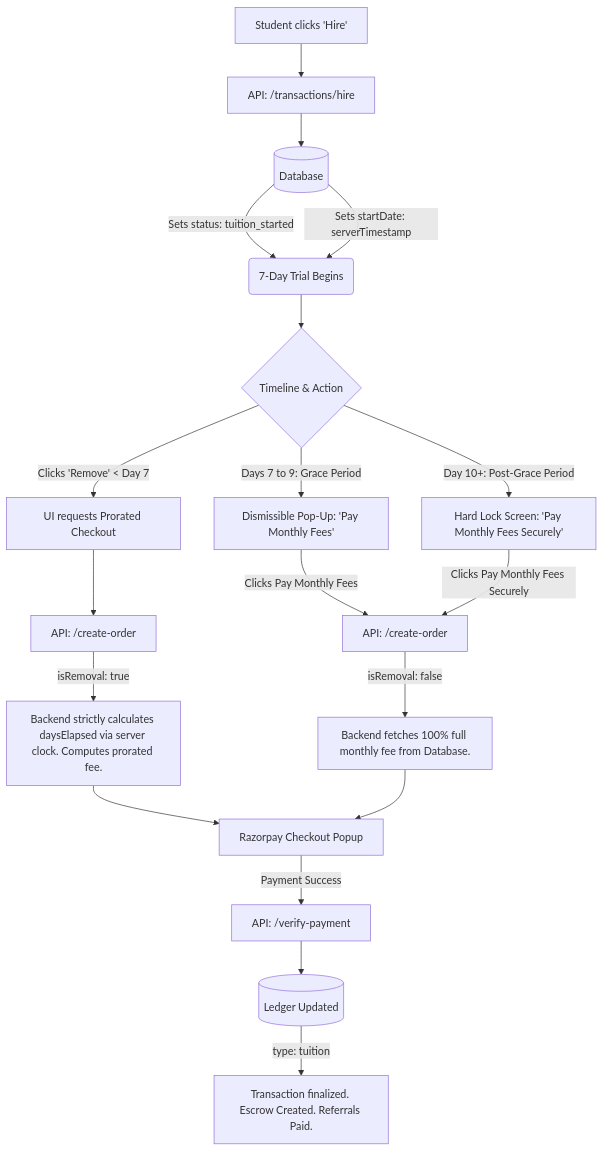
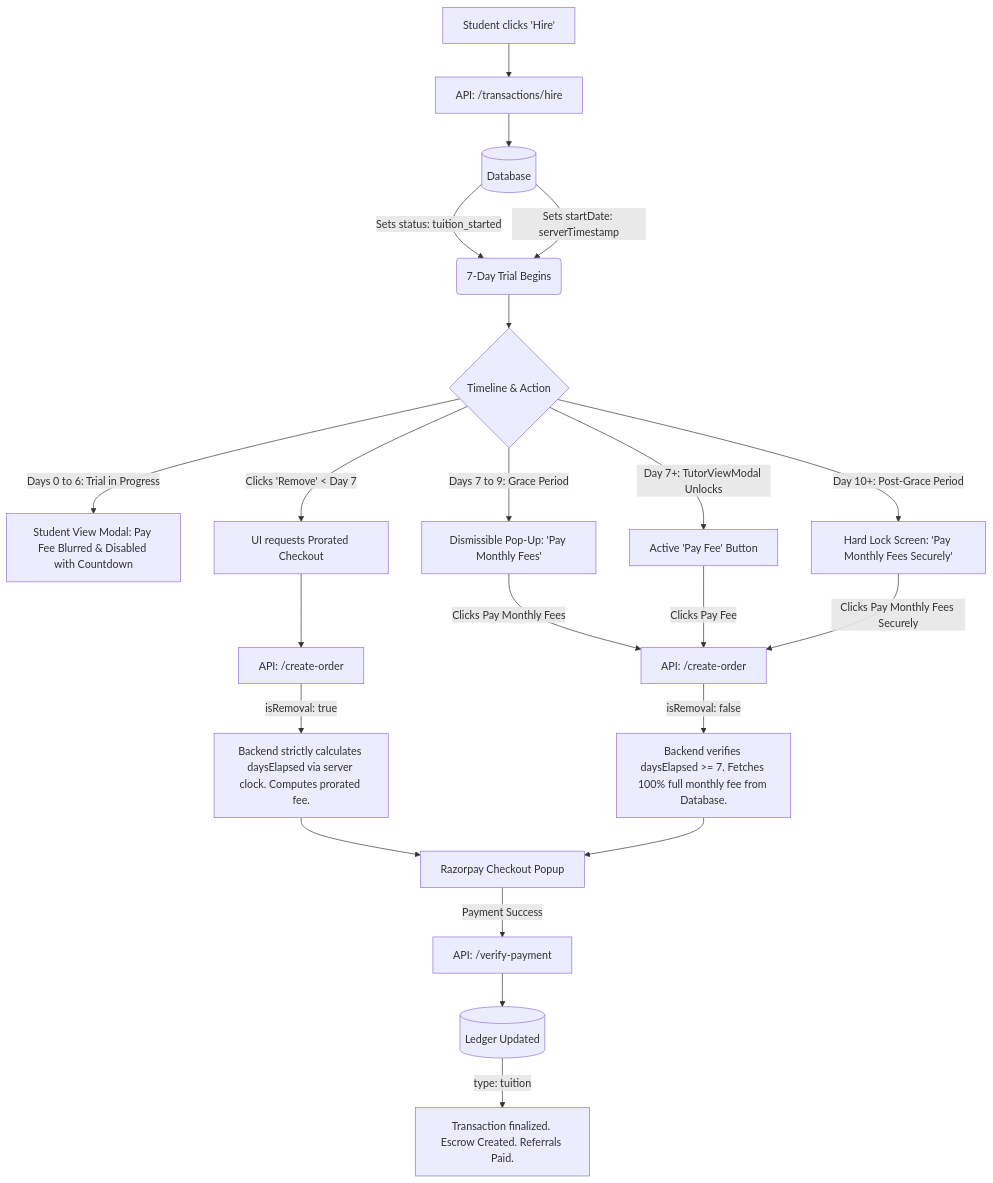
The diagram in docs/Student_Fee_Payment_Architecture.md (Nikhil4002-50-82/Mi-Tutora), drawn with Mermaid before and after one commit. The commit also changed other lines of this file and 7 other files, not shown here.

````diff
--- a/docs/Student_Fee_Payment_Architecture.md
+++ b/docs/Student_Fee_Payment_Architecture.md
@@ -11,27 +11,30 @@
 ```mermaid
 graph TD
     A[Student clicks 'Hire'] --> B[API: /transactions/hire]
     B --> C[(Database)]
     C -->|Sets status: tuition_started| D(7-Day Trial Begins)
     C -->|Sets startDate: serverTimestamp| D
     
     D --> E{Timeline & Action}
     
+    E -->|Days 0 to 6: Trial in Progress| E1[Student View Modal: Pay Fee Blurred & Disabled with Countdown]
     E -->|Clicks 'Remove' < Day 7| F[UI requests Prorated Checkout]
     E -->|Days 7 to 9: Grace Period| G[Dismissible Pop-Up: 'Pay Monthly Fees']
+    E -->|Day 7+: TutorViewModal Unlocks| G1[Active 'Pay Fee' Button]
     E -->|Day 10+: Post-Grace Period| G2[Hard Lock Screen: 'Pay Monthly Fees Securely']
     
     F --> H[API: /create-order]
     G -->|Clicks Pay Monthly Fees| I[API: /create-order]
+    G1 -->|Clicks Pay Fee| I
     G2 -->|Clicks Pay Monthly Fees Securely| I
     
     H -->|isRemoval: true| J[Backend strictly calculates daysElapsed via server clock. Computes prorated fee.]
-    I -->|isRemoval: false| K[Backend fetches 100% full monthly fee from Database.]
+    I -->|isRemoval: false| K[Backend verifies daysElapsed >= 7. Fetches 100% full monthly fee from Database.]
     
     J --> L[Razorpay Checkout Popup]
     K --> L
     
     L -->|Payment Success| M[API: /verify-payment]
     M --> N[(Ledger Updated)]
     N -->|type: tuition| O[Transaction finalized. Escrow Created. Referrals Paid.]
 ```
````
